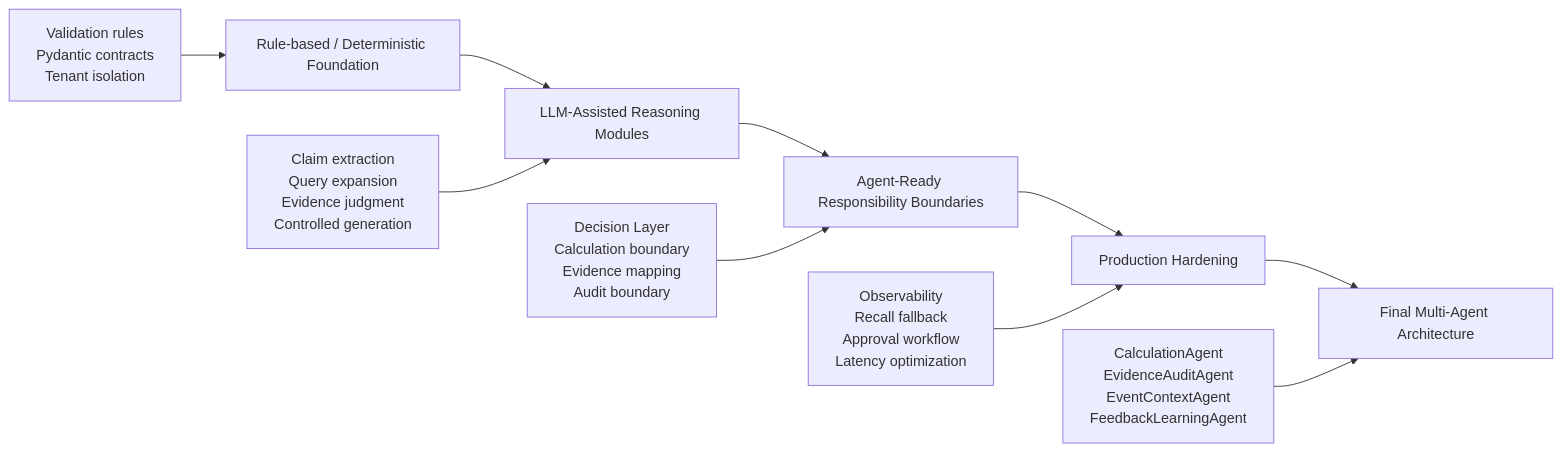
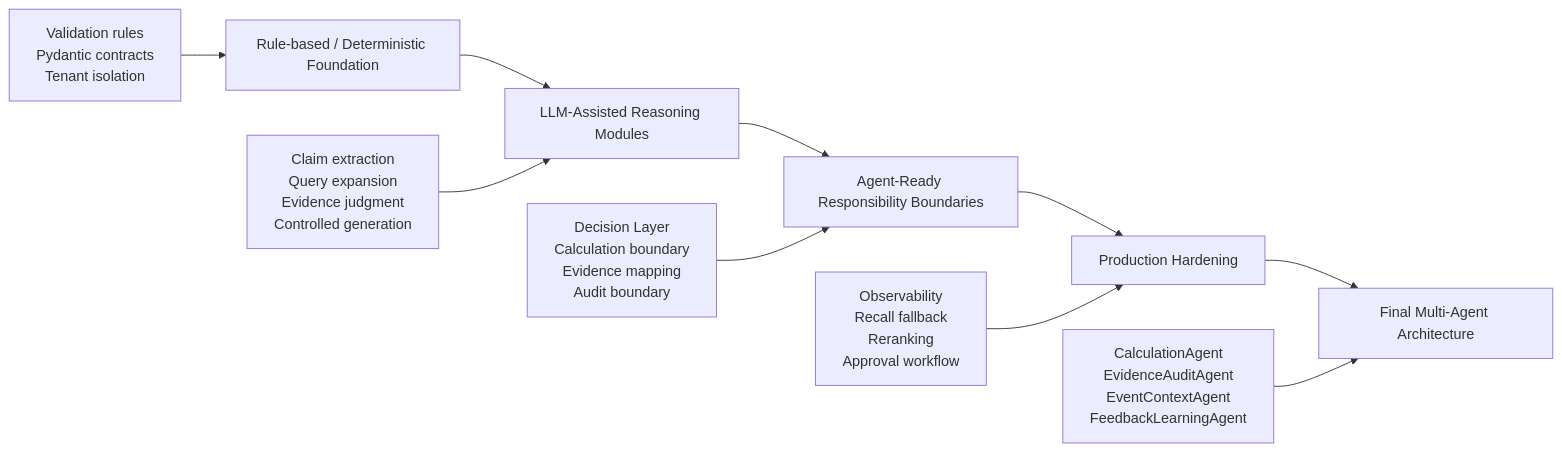
Before and after one commit to xmercuryx007/FCA-Public: diagram 11 of 11 in README.md, drawn with Mermaid. The commit also changed other lines of this file, not shown here.

````diff
--- a/README.md
+++ b/README.md
@@ -515,27 +694,13 @@
 ```mermaid
 flowchart LR
     A[Rule-based / Deterministic Foundation] --> B[LLM-Assisted Reasoning Modules]
     B --> C[Agent-Ready Responsibility Boundaries]
     C --> D[Production Hardening]
     D --> E[Final Multi-Agent Architecture]
 
-    A1[Validation rules
-Pydantic contracts
-Tenant isolation] --> A
-    B1[Claim extraction
-Query expansion
-Evidence judgment
-Controlled generation] --> B
-    C1[Decision Layer
-Calculation boundary
-Evidence mapping
-Audit boundary] --> C
-    D1[Observability
-Recall fallback
-Approval workflow
-Latency optimization] --> D
-    E1[CalculationAgent
-EvidenceAuditAgent
-EventContextAgent
-FeedbackLearningAgent] --> E
+    A1[Validation rules<br/>Pydantic contracts<br/>Tenant isolation] --> A
+    B1[Claim extraction<br/>Query expansion<br/>Evidence judgment<br/>Controlled generation] --> B
+    C1[Decision Layer<br/>Calculation boundary<br/>Evidence mapping<br/>Audit boundary] --> C
+    D1[Observability<br/>Recall fallback<br/>Reranking<br/>Approval workflow] --> D
+    E1[CalculationAgent<br/>EvidenceAuditAgent<br/>EventContextAgent<br/>FeedbackLearningAgent] --> E
 ```
````
